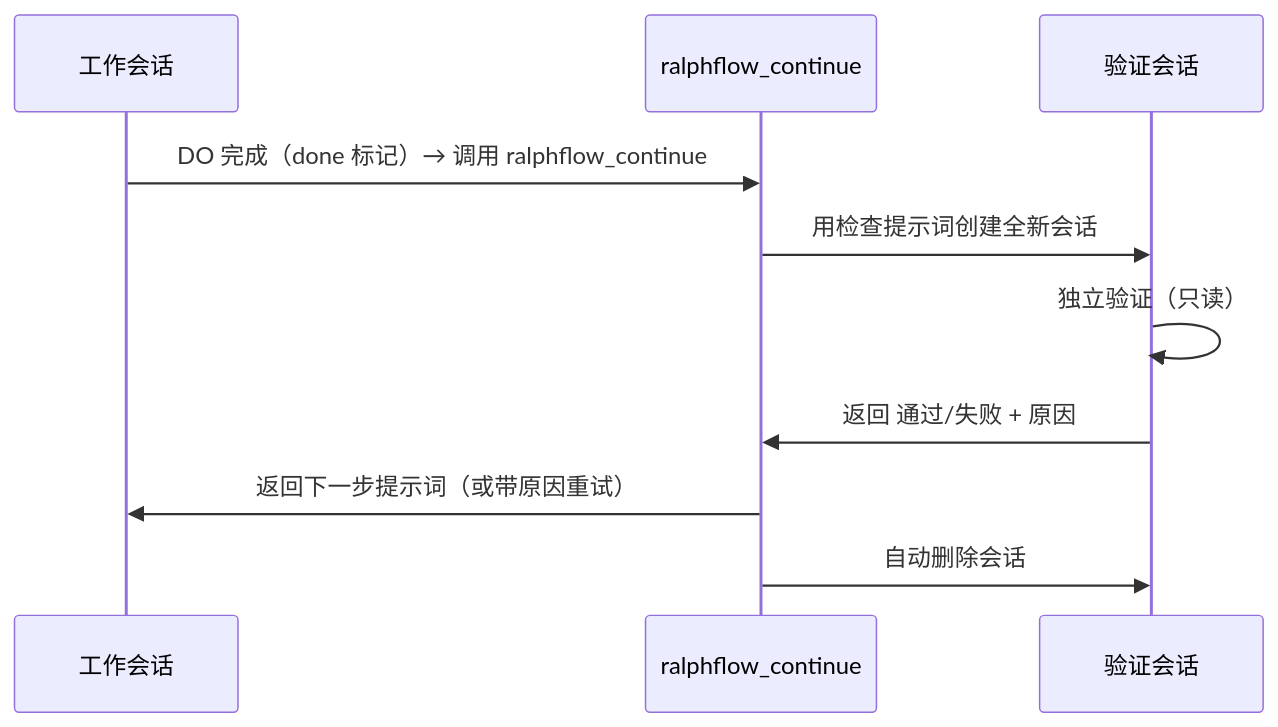
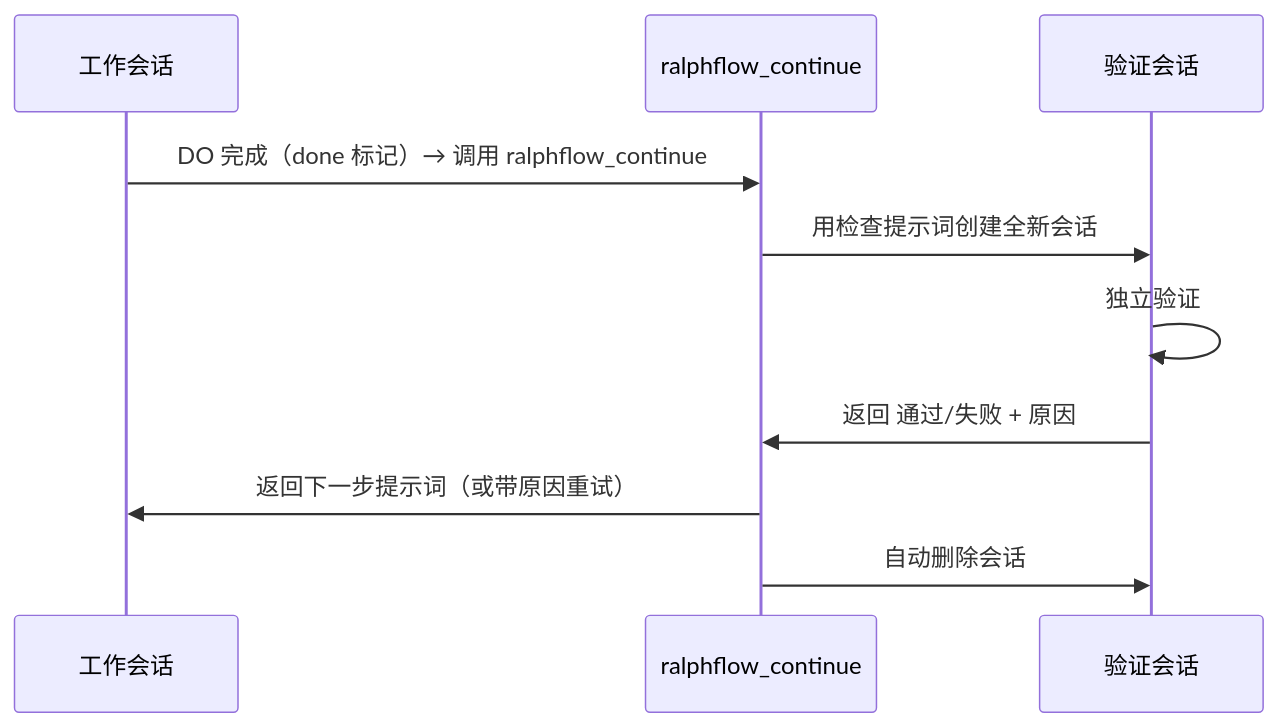
Before and after one commit to 534529531/ralph-flow: the second of 3 diagrams in docs/how-it-works.md, drawn with Mermaid. The commit also changed other lines of this file and 14 other files, not shown here.

````diff
--- a/docs/how-it-works.md
+++ b/docs/how-it-works.md
@@ -55,13 +55,13 @@
 ```mermaid
 sequenceDiagram
     participant Main as 工作会话
     participant Tool as ralphflow_continue
     participant Check as 验证会话
 
     Main->>Tool: DO 完成（done 标记）→ 调用 ralphflow_continue
     Tool->>Check: 用检查提示词创建全新会话
-    Check->>Check: 独立验证（只读）
+    Check->>Check: 独立验证
     Check->>Tool: 返回 通过/失败 + 原因
     Tool->>Main: 返回下一步提示词（或带原因重试）
     Tool->>Check: 自动删除会话
 ```
````
